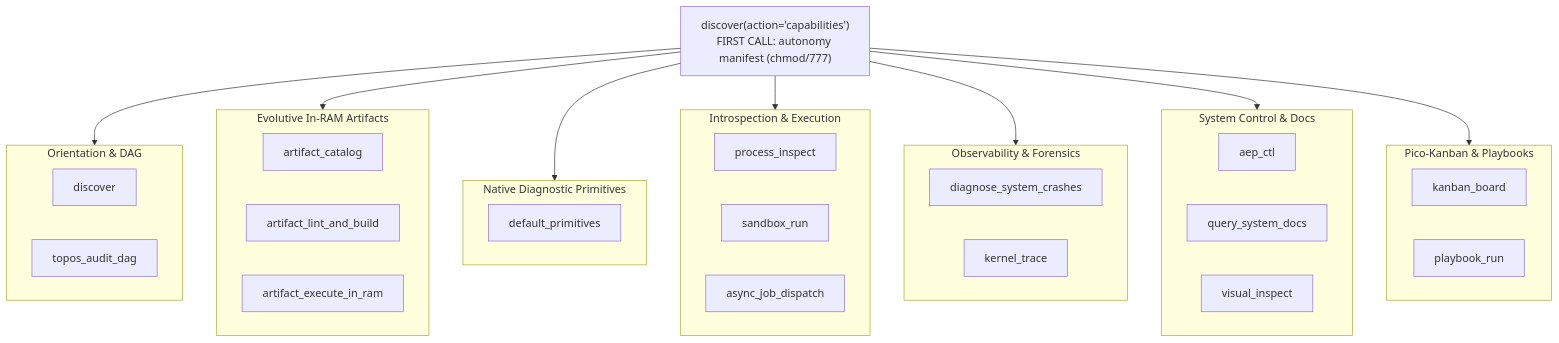
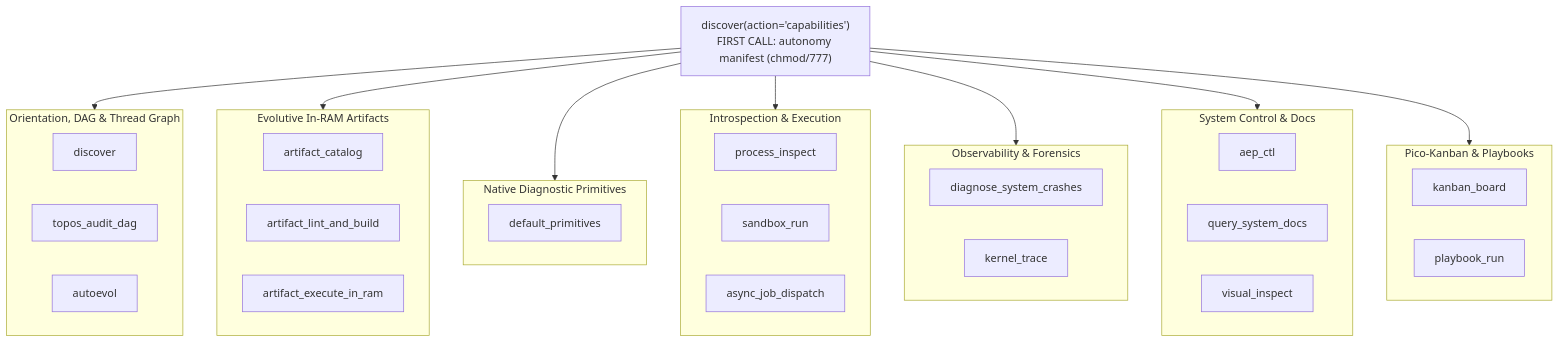
One commit to ancrz/agent-execution-plane changed the fourth of 22 diagrams in README.md. Above: the diagram before and after it, drawn with Mermaid. The commit also changed other lines of this file and 1 other file, not shown here.

````diff
--- a/README.md
+++ b/README.md
@@ -261,35 +261,36 @@
 ```mermaid
 flowchart TD
     Root["discover(action='capabilities')<br/>FIRST CALL: autonomy manifest (chmod/777)"]
     Root --> G0 & G1 & G1b & G2 & G3 & G4 & G5
-    subgraph G0["Orientation & DAG"]
+    subgraph G0["Orientation, DAG & Thread Graph"]
         T1["discover"]
         T2["topos_audit_dag"]
+        T17["autoevol"]
     end
     subgraph G1["Evolutive In-RAM Artifacts"]
         T3["artifact_catalog"]
         T4["artifact_lint_and_build"]
         T5["artifact_execute_in_ram"]
     end
     subgraph G1b["Native Diagnostic Primitives"]
         T16["default_primitives"]
     end
     subgraph G2["Introspection & Execution"]
         T6["process_inspect"]
         T7["sandbox_run"]
         T8["async_job_dispatch"]
     end
     subgraph G3["Observability & Forensics"]
         T9["diagnose_system_crashes"]
         T10["kernel_trace"]
     end
     subgraph G4["System Control & Docs"]
         T11["aep_ctl"]
         T12["query_system_docs"]
         T13["visual_inspect"]
     end
     subgraph G5["Pico-Kanban & Playbooks"]
         T14["kanban_board"]
         T15["playbook_run"]
     end
 ```
````
